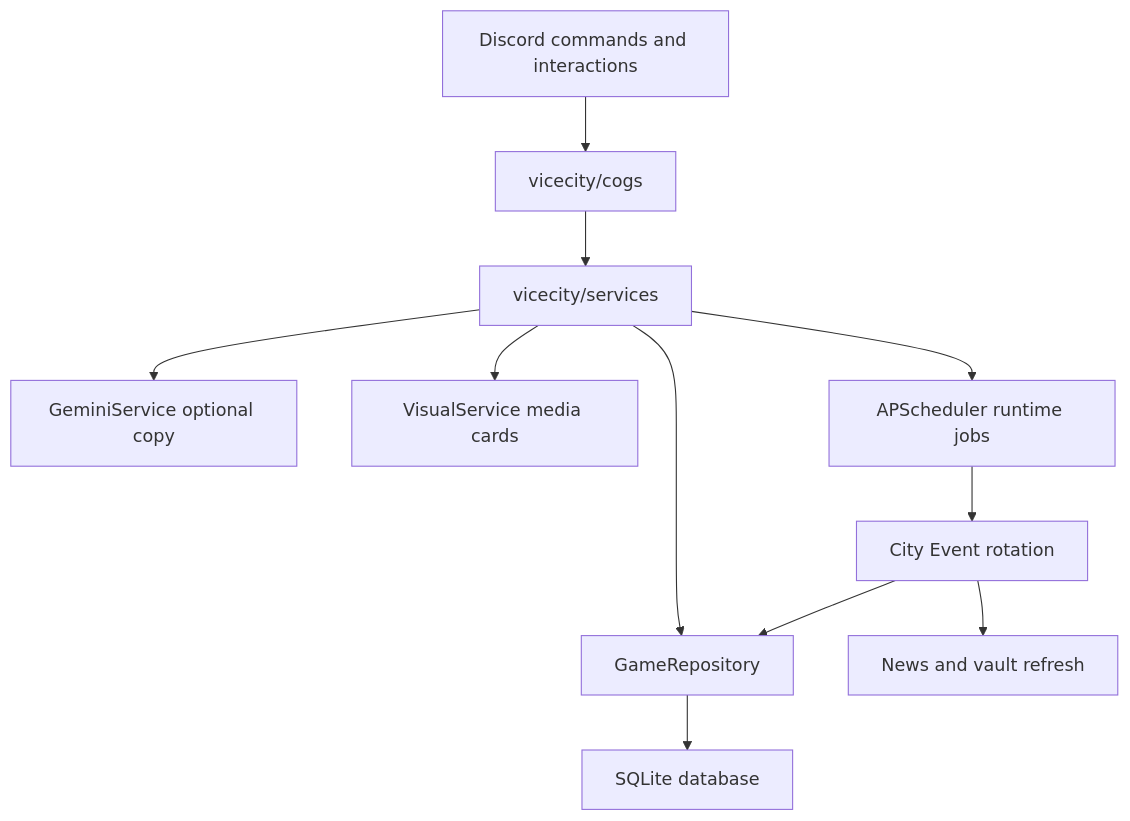
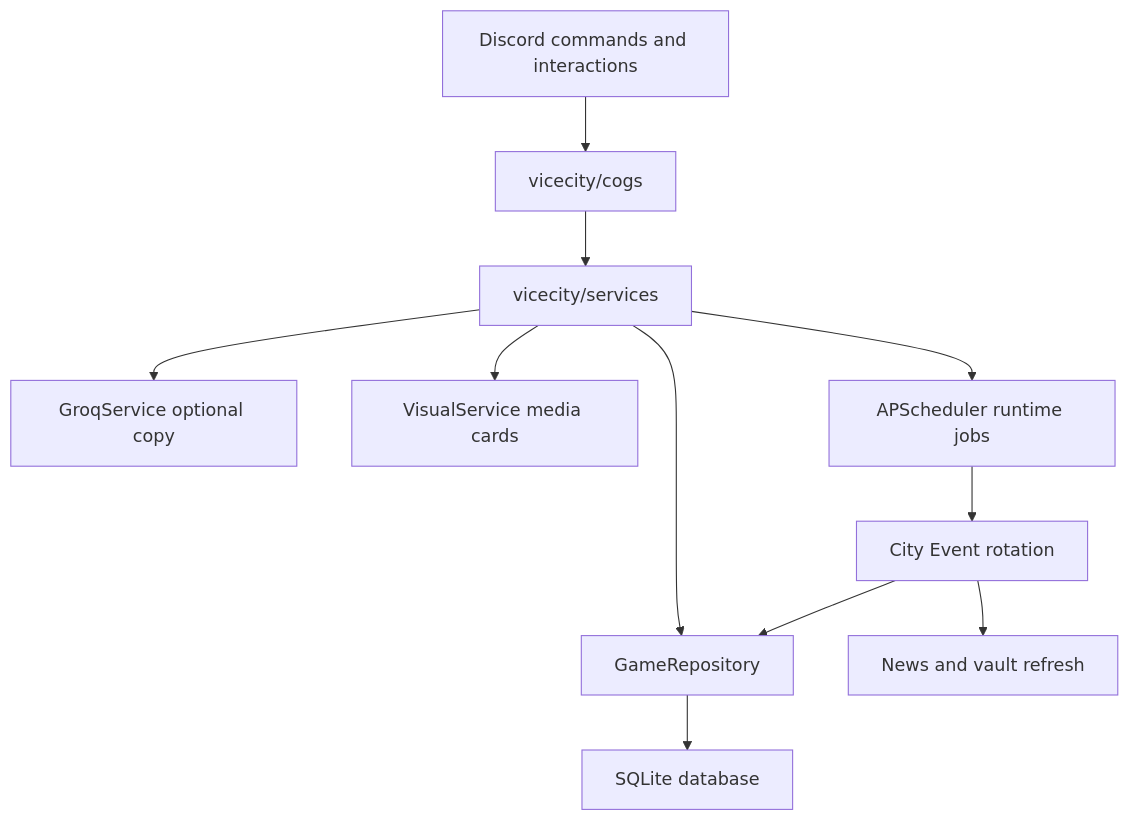
The diagram in README.md (YashasYogindra/vice-city-bot), drawn with Mermaid before and after one commit. The commit also changed other lines of this file and 16 other files, not shown here.

Commit message:
Migrate Gemini integration to Groq

````diff
--- a/README.md
+++ b/README.md
@@ -156,13 +156,13 @@
 ```mermaid
 flowchart TD
     Discord["Discord commands and interactions"] --> Cogs["vicecity/cogs"]
     Cogs --> Services["vicecity/services"]
     Services --> Repo["GameRepository"]
     Repo --> SQLite["SQLite database"]
-    Services --> Gemini["GeminiService optional copy"]
+    Services --> Groq["GroqService optional copy"]
     Services --> Visuals["VisualService media cards"]
     Services --> Scheduler["APScheduler runtime jobs"]
     Scheduler --> Events["City Event rotation"]
     Events --> Repo
     Events --> News["News and vault refresh"]
 ```
````
